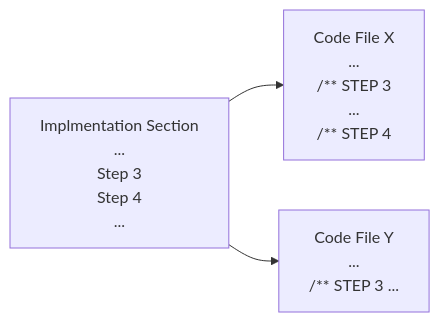
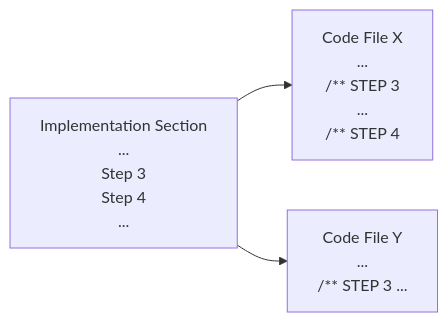
One commit to inertialsense/inertial-sense-sdk changed the second of 2 diagrams in ExampleProjects/CustomPort/CustomVirtual/README.md. Above: the diagram before and after it, drawn with Mermaid.

````diff
--- a/ExampleProjects/CustomPort/CustomVirtual/README.md
+++ b/ExampleProjects/CustomPort/CustomVirtual/README.md
@@ -58,5 +58,5 @@
 ```mermaid
 flowchart LR
-    A[Implmentation Section <br> ... <br> Step 3 <br> Step 4 <br> ... ] --> B[Code File X <br> ... <br> /** STEP 3 <br> ... <br> /** STEP 4]
+    A[Implementation Section <br> ... <br> Step 3 <br> Step 4 <br> ... ] --> B[Code File X <br> ... <br> /** STEP 3 <br> ... <br> /** STEP 4]
     A --> C[Code File Y <br> ... <br> /** STEP 3 ... <br>]
 ```
````
